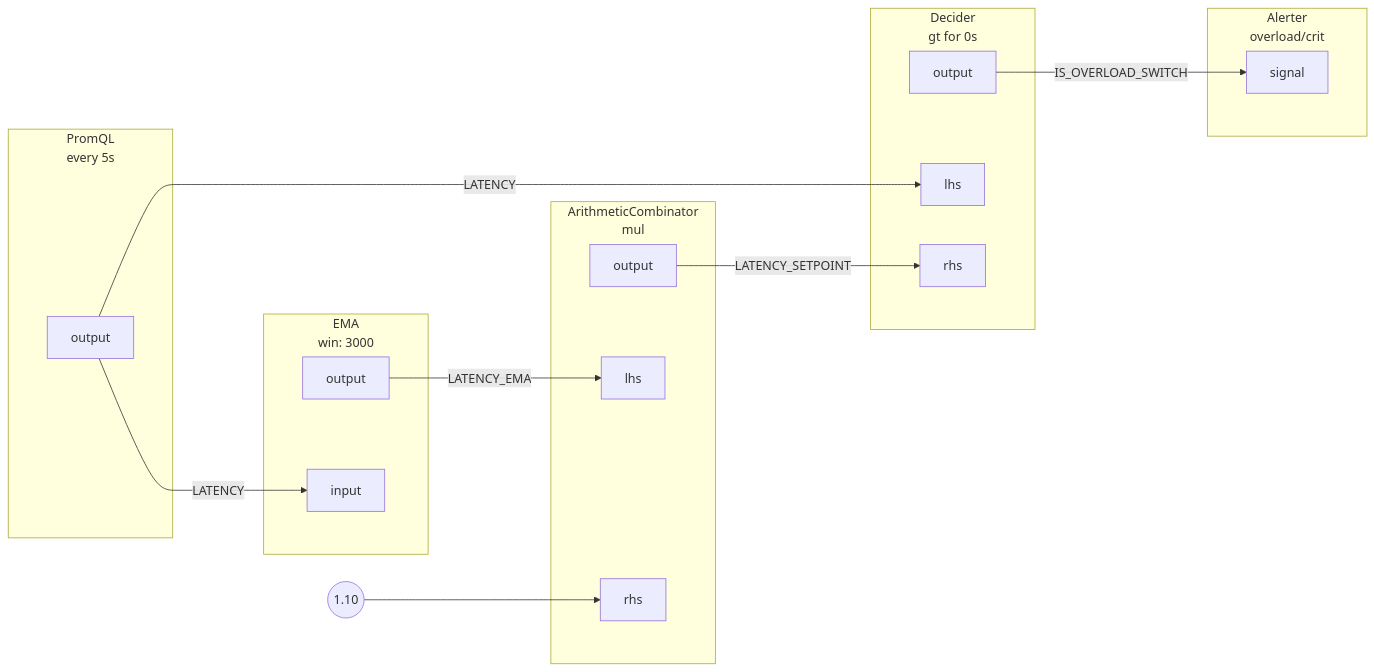
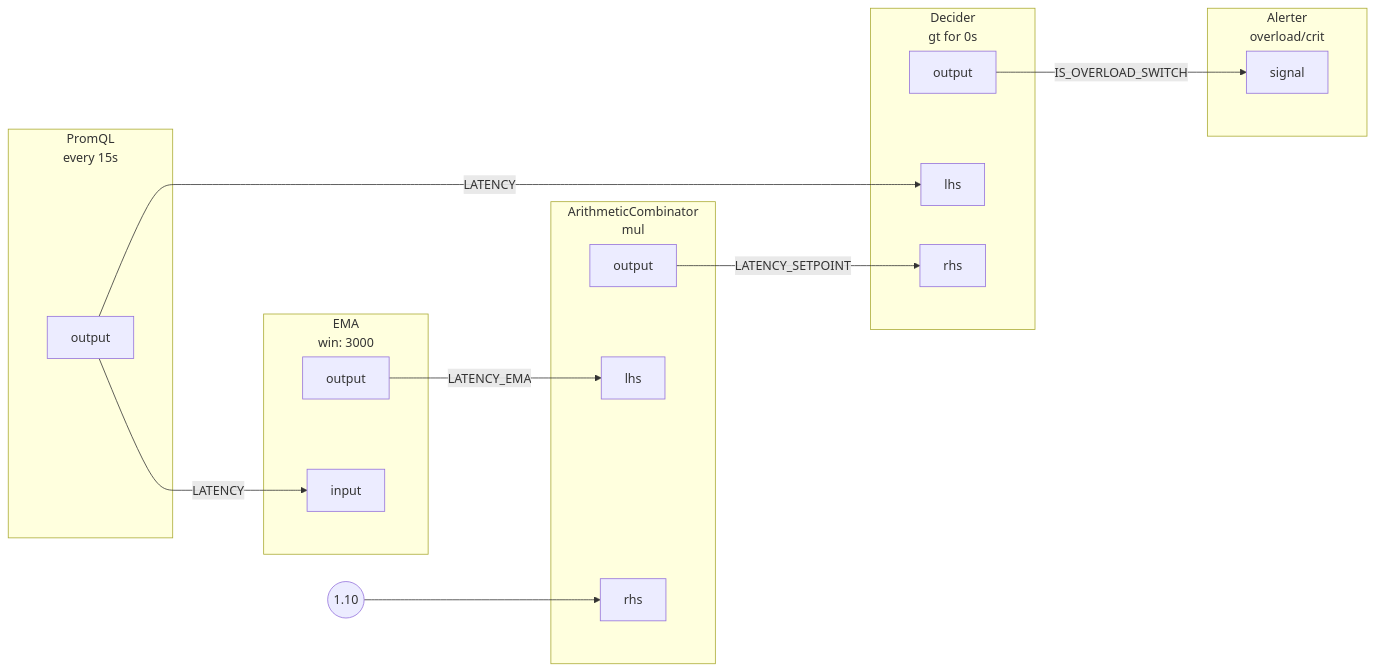
One commit to fluxninja/aperture changed the diagram in docs/content/use-cases/alerting/assets/detecting-overload/detecting-overload.mmd. Above: the diagram before and after it, drawn with Mermaid. The commit also changed 23 other files, not shown here.

```diff
--- a/docs/content/use-cases/alerting/assets/detecting-overload/detecting-overload.mmd
+++ b/docs/content/use-cases/alerting/assets/detecting-overload/detecting-overload.mmd
@@ -1,52 +1,52 @@
 flowchart LR
-subgraph root.0[<center>PromQL<br/>every 5s</center>]
+subgraph root.0[<center>PromQL<br/>every 15s</center>]
 subgraph root.0_outports[ ]
 style root.0_outports fill:none,stroke:none
 root.0output[output]
 end
 end
 subgraph root.1[<center>EMA<br/>win: 3000</center>]
 subgraph root.1_inports[ ]
 style root.1_inports fill:none,stroke:none
 root.1input[input]
 end
 subgraph root.1_outports[ ]
 style root.1_outports fill:none,stroke:none
 root.1output[output]
 end
 end
 subgraph root.2[<center>ArithmeticCombinator<br/>mul</center>]
 subgraph root.2_inports[ ]
 style root.2_inports fill:none,stroke:none
 root.2lhs[lhs]
 root.2rhs[rhs]
 end
 subgraph root.2_outports[ ]
 style root.2_outports fill:none,stroke:none
 root.2output[output]
 end
 end
 root.2_rhs_FakeConstantout((1.10))
 subgraph root.3[<center>Decider<br/>gt for 0s</center>]
 subgraph root.3_inports[ ]
 style root.3_inports fill:none,stroke:none
 root.3lhs[lhs]
 root.3rhs[rhs]
 end
 subgraph root.3_outports[ ]
 style root.3_outports fill:none,stroke:none
 root.3output[output]
 end
 end
 subgraph root.4[<center>Alerter<br/>overload/crit</center>]
 subgraph root.4_inports[ ]
 style root.4_inports fill:none,stroke:none
 root.4signal[signal]
 end
 end
 root.0output --> |LATENCY| root.1input
 root.0output --> |LATENCY| root.3lhs
 root.1output --> |LATENCY_EMA| root.2lhs
 root.2output --> |LATENCY_SETPOINT| root.3rhs
 root.2_rhs_FakeConstantout --> root.2rhs
 root.3output --> |IS_OVERLOAD_SWITCH| root.4signal
```
